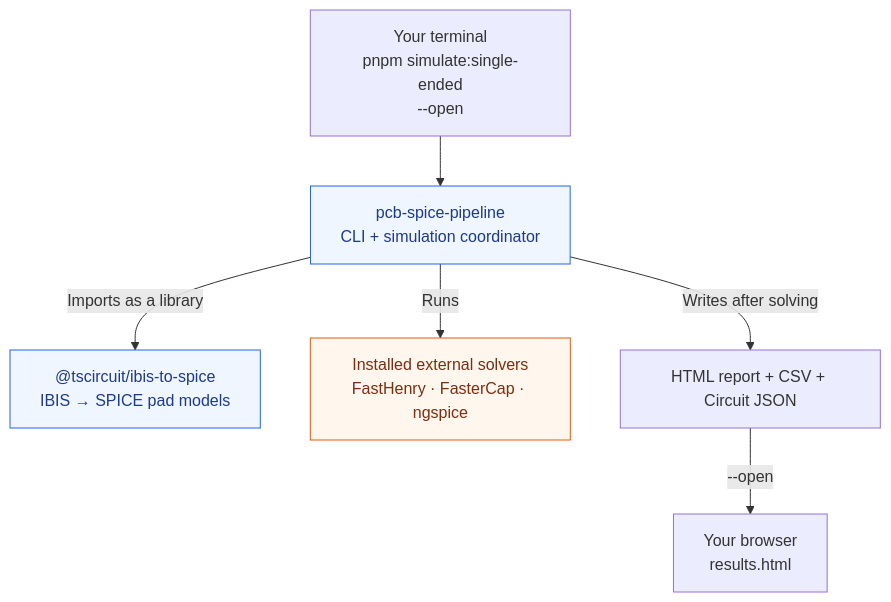
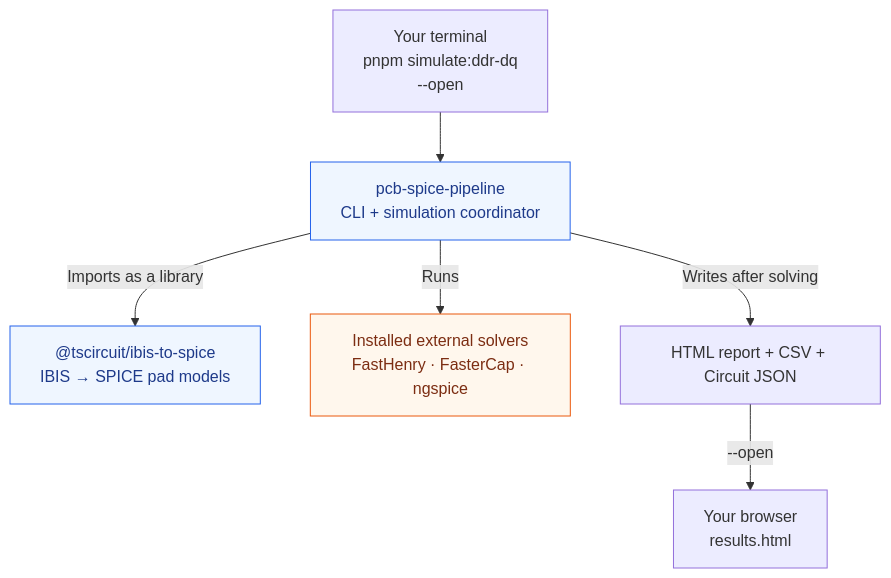
One commit to 0hmX/am3352-ddr-eye changed the first of 2 diagrams in README.md. Above: the diagram before and after it, drawn with Mermaid. The commit also changed other lines of this file and 7 other files, not shown here.

Commit message:
docs: use one DDR example throughout simulation walkthrough

````diff
--- a/README.md
+++ b/README.md
@@ -27,12 +27,12 @@
 ```mermaid
 flowchart TD
-    COMMAND["Your terminal<br/>pnpm simulate:single-ended<br/>--open"] --> RUNNER["pcb-spice-pipeline<br/>CLI + simulation coordinator"]
+    COMMAND["Your terminal<br/>pnpm simulate:ddr-dq<br/>--open"] --> RUNNER["pcb-spice-pipeline<br/>CLI + simulation coordinator"]
     RUNNER -->|Imports as a library| CONVERTER["@tscircuit/ibis-to-spice<br/>IBIS → SPICE pad models"]
     RUNNER -->|Runs| TOOLS["Installed external solvers<br/>FastHenry · FasterCap · ngspice"]
     RUNNER -->|Writes after solving| RESULTS["HTML report + CSV + Circuit JSON"]
     RESULTS -->|--open| BROWSER["Your browser<br/>results.html"]
     classDef package fill:#eff6ff,stroke:#2563eb,color:#1e3a8a
     classDef native fill:#fff7ed,stroke:#ea580c,color:#7c2d12
     class RUNNER,CONVERTER package
     class TOOLS native
 ```
````
